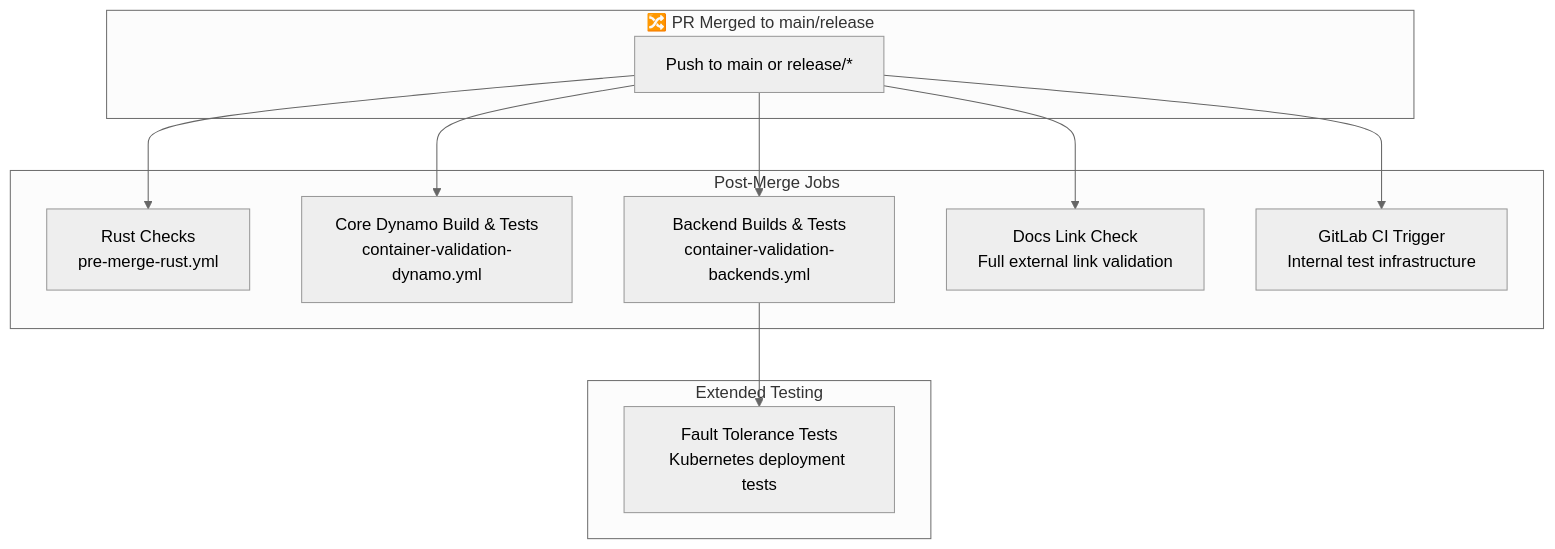
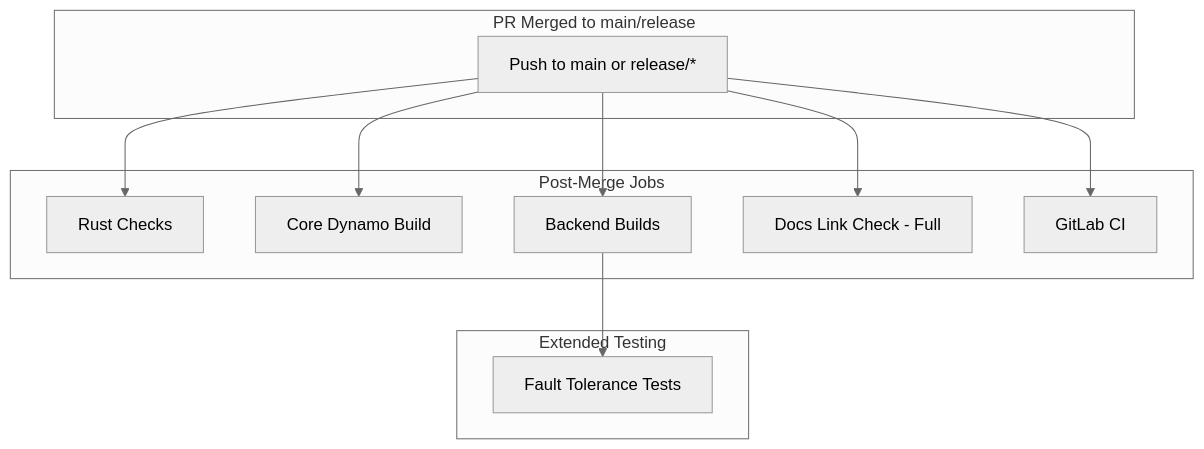
Before and after one commit to ai-dynamo/dynamo: the fifth of 5 diagrams in .github/PR_WORKFLOW.md, drawn with Mermaid (neutral theme). The commit also changed other lines of this file and 3 other files, not shown here.

````diff
--- a/.github/PR_WORKFLOW.md
+++ b/.github/PR_WORKFLOW.md
@@ -283,21 +121,21 @@
 ```mermaid
 flowchart TD
-    subgraph Trigger["🔀 PR Merged to main/release"]
+    subgraph Trigger["PR Merged to main/release"]
         A[Push to main or release/*]
     end
 
     subgraph PostMerge["Post-Merge Jobs"]
-        B[Rust Checks<br/>pre-merge-rust.yml]
-        C[Core Dynamo Build & Tests<br/>container-validation-dynamo.yml]
-        D[Backend Builds & Tests<br/>container-validation-backends.yml]
-        E[Docs Link Check<br/>Full external link validation]
-        F[GitLab CI Trigger<br/>Internal test infrastructure]
+        B[Rust Checks]
+        C[Core Dynamo Build]
+        D[Backend Builds]
+        E[Docs Link Check - Full]
+        F[GitLab CI]
     end
 
     subgraph Extended["Extended Testing"]
-        G[Fault Tolerance Tests<br/>Kubernetes deployment tests]
+        G[Fault Tolerance Tests]
     end
 
     A --> B & C & D & E & F
     D --> G
 ```
````
